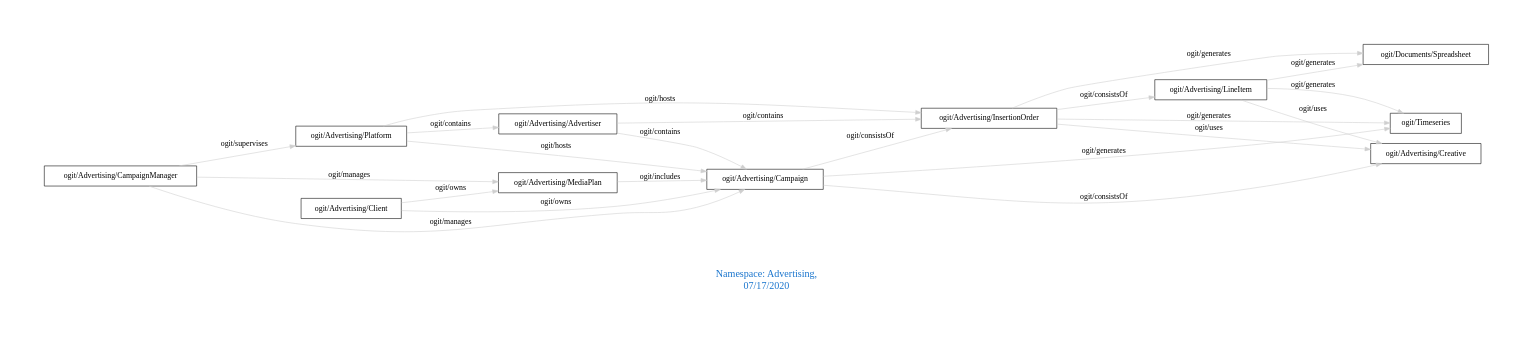
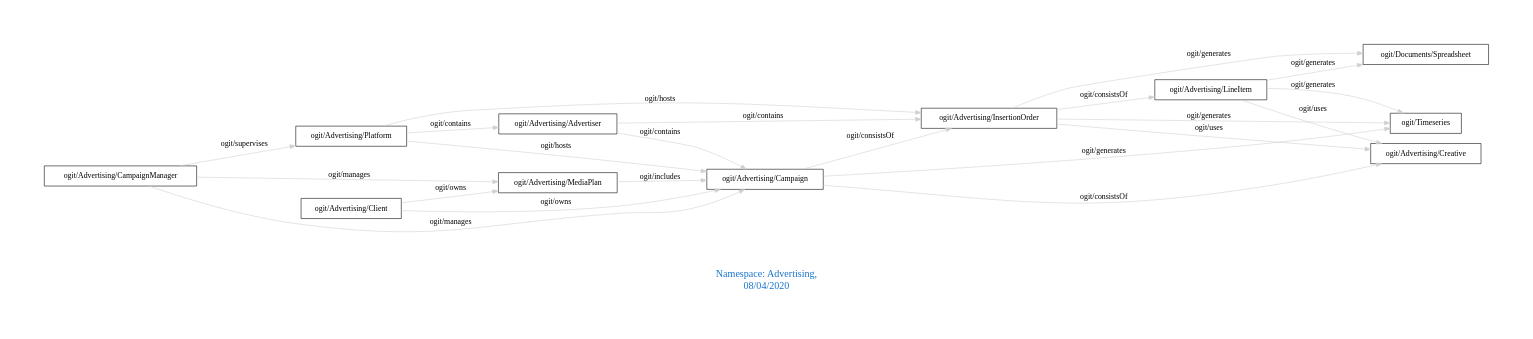
One commit to arago/OGIT changed the diagram in downloads/Advertising.dot. Above: the diagram before and after it, drawn with Graphviz. The commit also changed 1760 other files, not shown here.

```diff
--- a/downloads/Advertising.dot
+++ b/downloads/Advertising.dot
@@ -1,29 +1,29 @@
 digraph OGIT_ontology {
  graph [ rankdir= LR,pad=1 
 fontsize = 18,
-fontcolor= dodgerblue3,label = "\n\n\nNamespace: Advertising, \n 07/17/2020"];
+fontcolor= dodgerblue3,label = "\n\n\nNamespace: Advertising, \n 08/04/2020"];
 node[shape=polygon];
 edge [  color="gray81"];
 
    "ogit/Advertising/Advertiser" -> "ogit/Advertising/Campaign" [label="   ogit/contains    "];
    "ogit/Advertising/Advertiser" -> "ogit/Advertising/InsertionOrder" [label="   ogit/contains    "];
    "ogit/Advertising/Platform" -> "ogit/Advertising/Advertiser" [label="   ogit/contains    "];
    "ogit/Advertising/CampaignManager" -> "ogit/Advertising/MediaPlan" [label="   ogit/manages    "];
    "ogit/Advertising/CampaignManager" -> "ogit/Advertising/Campaign" [label="   ogit/manages    "];
    "ogit/Advertising/Platform" -> "ogit/Advertising/Campaign" [label="   ogit/hosts    "];
    "ogit/Advertising/Platform" -> "ogit/Advertising/InsertionOrder" [label="   ogit/hosts    "];
    "ogit/Advertising/CampaignManager" -> "ogit/Advertising/Platform" [label="   ogit/supervises    "];
    "ogit/Advertising/Campaign" -> "ogit/Timeseries" [label="   ogit/generates    "];
    "ogit/Advertising/InsertionOrder" -> "ogit/Timeseries" [label="   ogit/generates    "];
    "ogit/Advertising/InsertionOrder" -> "ogit/Documents/Spreadsheet" [label="   ogit/generates    "];
    "ogit/Advertising/LineItem" -> "ogit/Timeseries" [label="   ogit/generates    "];
    "ogit/Advertising/LineItem" -> "ogit/Documents/Spreadsheet" [label="   ogit/generates    "];
    "ogit/Advertising/MediaPlan" -> "ogit/Advertising/Campaign" [label="   ogit/includes    "];
    "ogit/Advertising/Client" -> "ogit/Advertising/MediaPlan" [label="   ogit/owns    "];
    "ogit/Advertising/Client" -> "ogit/Advertising/Campaign" [label="   ogit/owns    "];
    "ogit/Advertising/InsertionOrder" -> "ogit/Advertising/Creative" [label="   ogit/uses    "];
    "ogit/Advertising/LineItem" -> "ogit/Advertising/Creative" [label="   ogit/uses    "];
    "ogit/Advertising/Campaign" -> "ogit/Advertising/InsertionOrder" [label="   ogit/consistsOf    "];
    "ogit/Advertising/Campaign" -> "ogit/Advertising/Creative" [label="   ogit/consistsOf    "];
    "ogit/Advertising/InsertionOrder" -> "ogit/Advertising/LineItem" [label="   ogit/consistsOf    "];
 }
```
